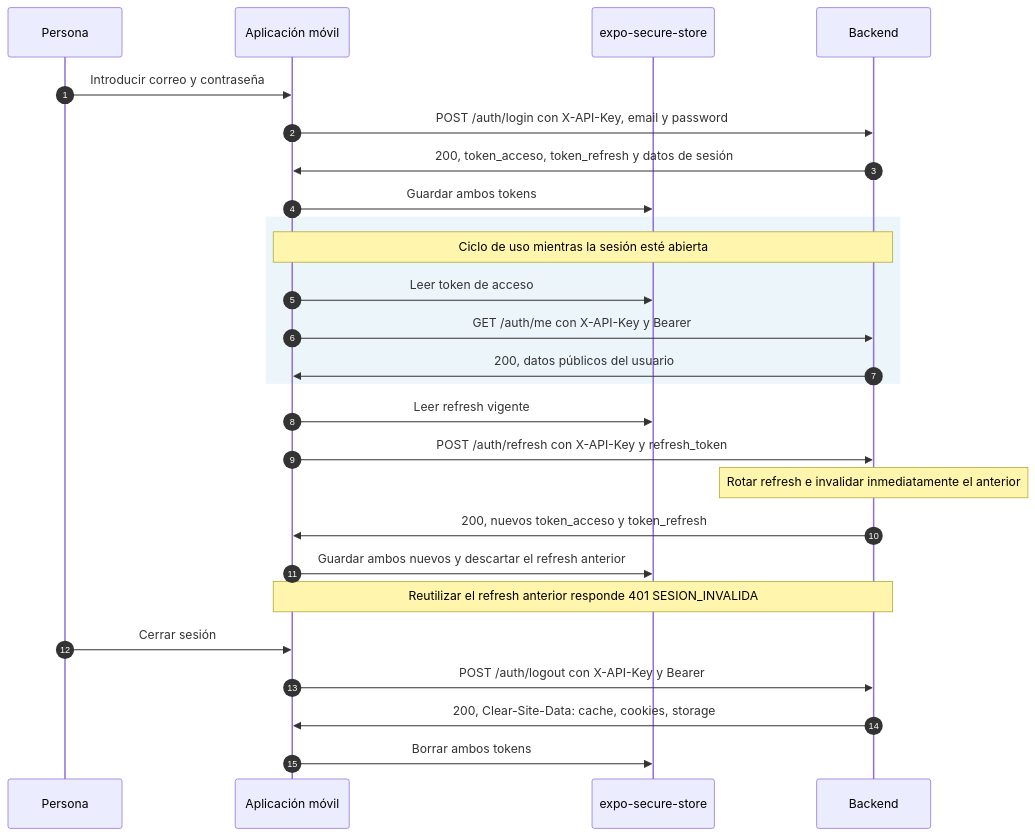
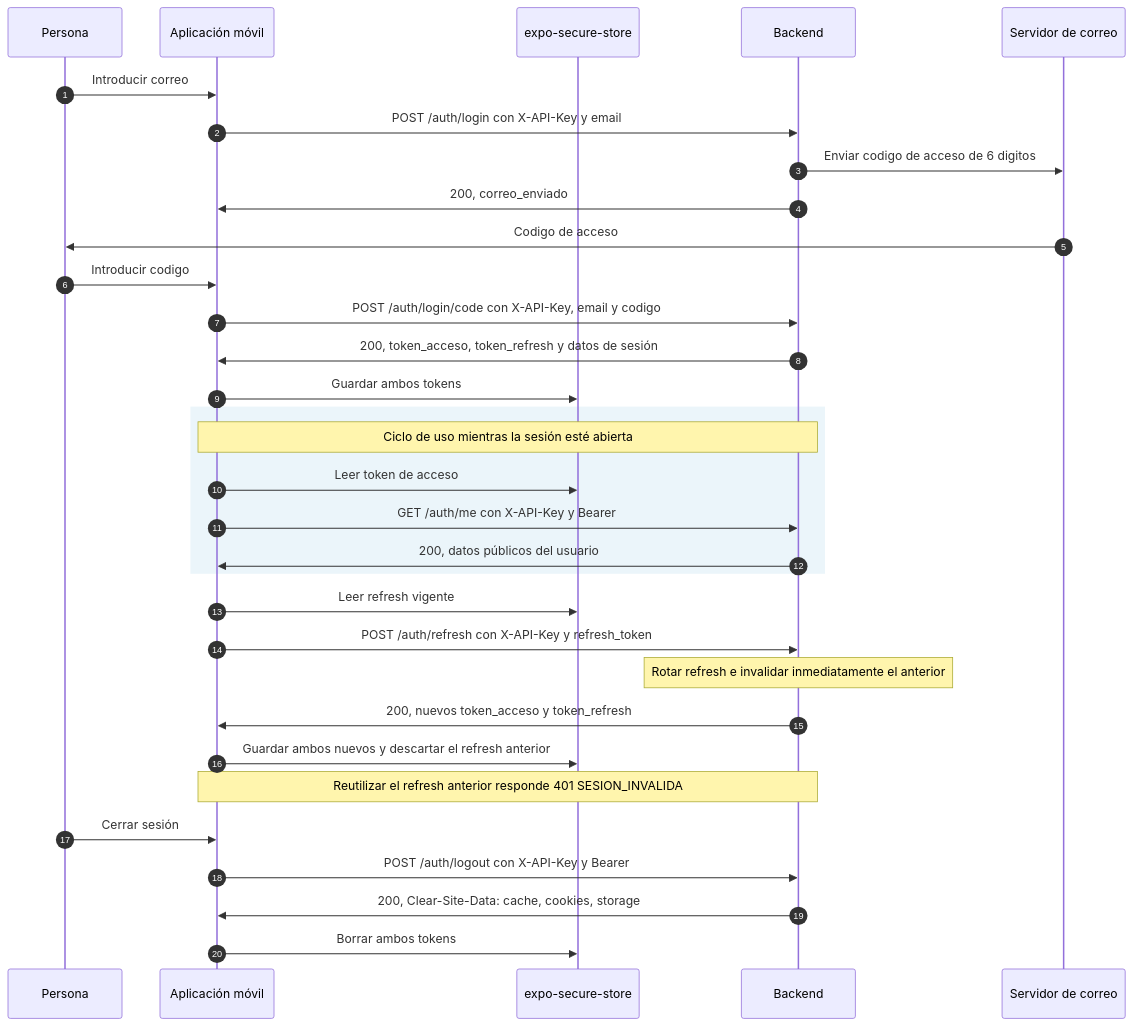
The third of 4 diagrams in docs/flujo-aplicacion-movil.md (CesarLopezPeriferiaIT/Back_FVL_Login), drawn with Mermaid before and after one commit. The commit also changed other lines of this file and 3 other files, not shown here.

First line of the commit message:
docs(auth): document the OTP login flow

````diff
--- a/docs/flujo-aplicacion-movil.md
+++ b/docs/flujo-aplicacion-movil.md
@@ -66,28 +66,34 @@
 ```mermaid
 sequenceDiagram
     autonumber
     participant Persona as Persona
     participant App as Aplicación móvil
     participant Seguro as expo-secure-store
     participant Backend as Backend
-    Persona->>App: Introducir correo y contraseña
-    App->>Backend: POST /auth/login con X-API-Key, email y password
+    participant Correo as Servidor de correo
+    Persona->>App: Introducir correo
+    App->>Backend: POST /auth/login con X-API-Key y email
+    Backend->>Correo: Enviar codigo de acceso de 6 digitos
+    Backend->>App: 200, correo_enviado
+    Correo->>Persona: Codigo de acceso
+    Persona->>App: Introducir codigo
+    App->>Backend: POST /auth/login/code con X-API-Key, email y codigo
     Backend->>App: 200, token_acceso, token_refresh y datos de sesión
     App->>Seguro: Guardar ambos tokens
     rect rgb(235, 245, 250)
         Note over App,Backend: Ciclo de uso mientras la sesión esté abierta
         App->>Seguro: Leer token de acceso
         App->>Backend: GET /auth/me con X-API-Key y Bearer
         Backend->>App: 200, datos públicos del usuario
     end
     App->>Seguro: Leer refresh vigente
     App->>Backend: POST /auth/refresh con X-API-Key y refresh_token
     Note over Backend: Rotar refresh e invalidar inmediatamente el anterior
     Backend->>App: 200, nuevos token_acceso y token_refresh
     App->>Seguro: Guardar ambos nuevos y descartar el refresh anterior
     Note over App,Backend: Reutilizar el refresh anterior responde 401 SESION_INVALIDA
     Persona->>App: Cerrar sesión
     App->>Backend: POST /auth/logout con X-API-Key y Bearer
     Backend->>App: 200, Clear-Site-Data: cache, cookies, storage
     App->>Seguro: Borrar ambos tokens
 ```
````
